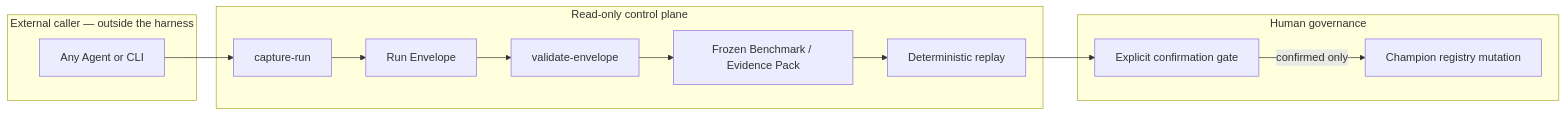
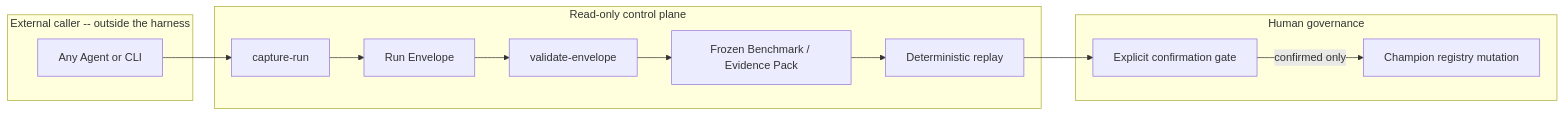
The diagram in docs/architecture.md (myc0576/smartmoney-cub-harness), drawn with Mermaid before and after one commit. The commit also changed other lines of this file and 16 other files, not shown here.

````diff
--- a/docs/architecture.md
+++ b/docs/architecture.md
@@ -5,22 +5,22 @@
 ```mermaid
 flowchart LR
-  subgraph Caller["External caller — outside the harness"]
+  subgraph Caller["External caller -- outside the harness"]
     A["Any Agent or CLI"]
   end
 
   subgraph Control["Read-only control plane"]
     C["capture-run"]
     R["Run Envelope"]
     V["validate-envelope"]
     B["Frozen Benchmark / Evidence Pack"]
     P["Deterministic replay"]
   end
 
   subgraph Governance["Human governance"]
     H["Explicit confirmation gate"]
     G["Champion registry mutation"]
   end
 
   A --> C --> R --> V --> B --> P --> H
   H -->|"confirmed only"| G
 ```
````
